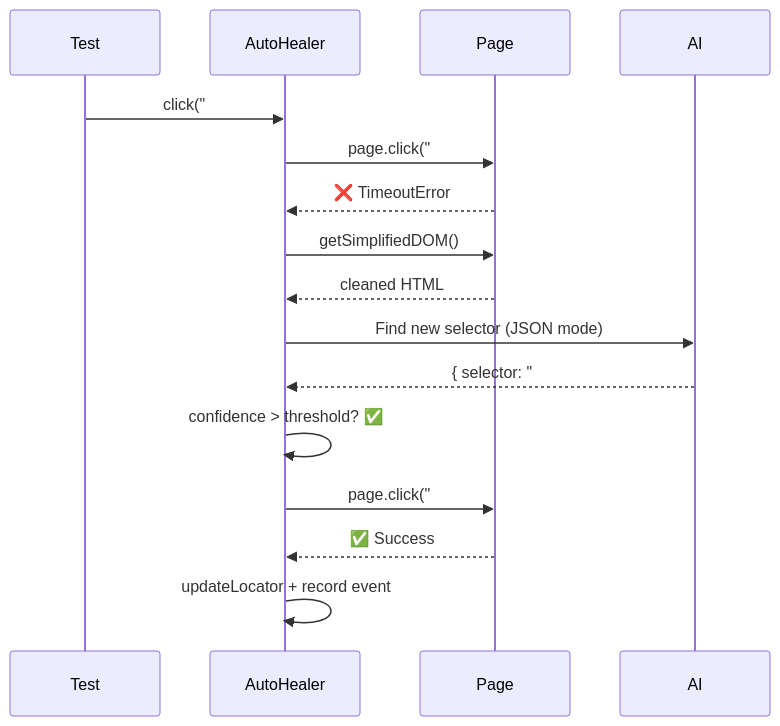
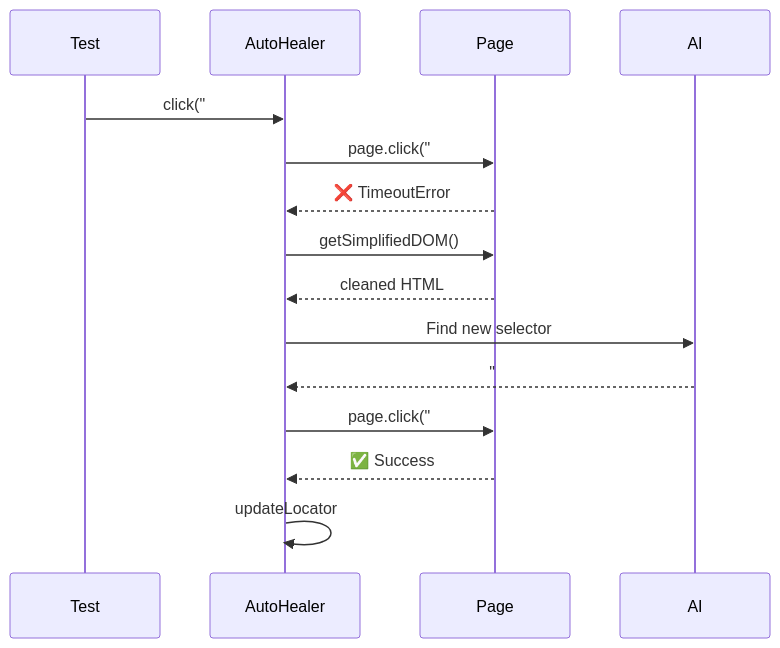
The diagram in README.md (Jason-Pham/playwright-ai-healer), drawn with Mermaid before and after one commit. The commit also changed other lines of this file, not shown here.

Commit message:
docs: fix hallucinated architecture details in README

````diff
--- a/README.md
+++ b/README.md
@@ -167,19 +164,18 @@
 ```mermaid
 sequenceDiagram
     participant Test
     participant AutoHealer
     participant Page
     participant AI
 
     Test->>AutoHealer: click("#old-btn")
     AutoHealer->>Page: page.click("#old-btn")
     Page-->>AutoHealer: ❌ TimeoutError
     AutoHealer->>Page: getSimplifiedDOM()
     Page-->>AutoHealer: cleaned HTML
-    AutoHealer->>AI: Find new selector (JSON mode)
-    AI-->>AutoHealer: { selector: "#new-btn", confidence: 0.95 }
-    AutoHealer->>AutoHealer: confidence > threshold? ✅
+    AutoHealer->>AI: Find new selector
+    AI-->>AutoHealer: "#new-btn"
     AutoHealer->>Page: page.click("#new-btn")
     Page-->>AutoHealer: ✅ Success
-    AutoHealer->>AutoHealer: updateLocator + record event
+    AutoHealer->>AutoHealer: updateLocator
 ```
````
